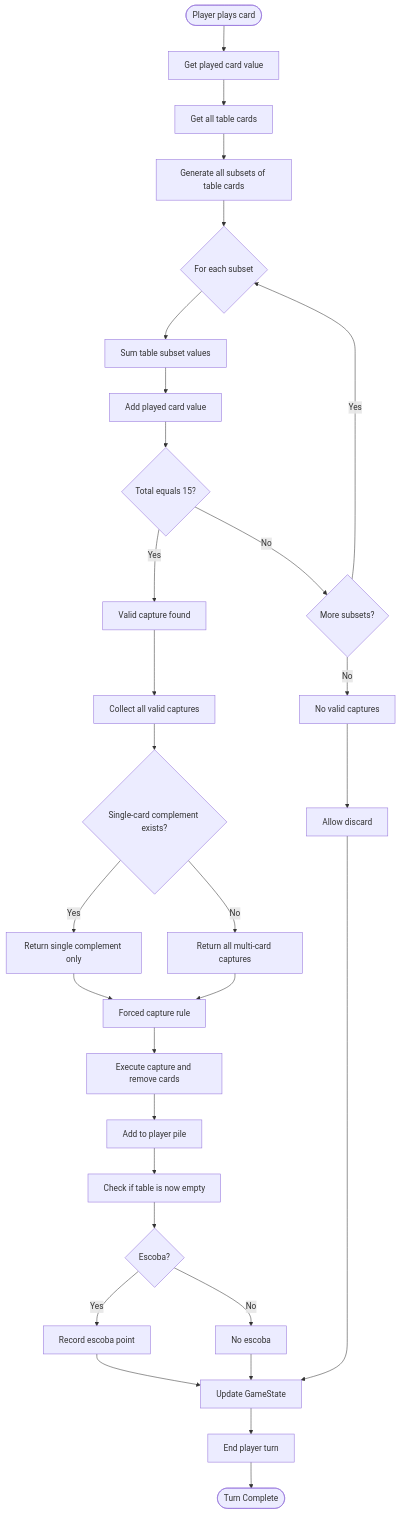
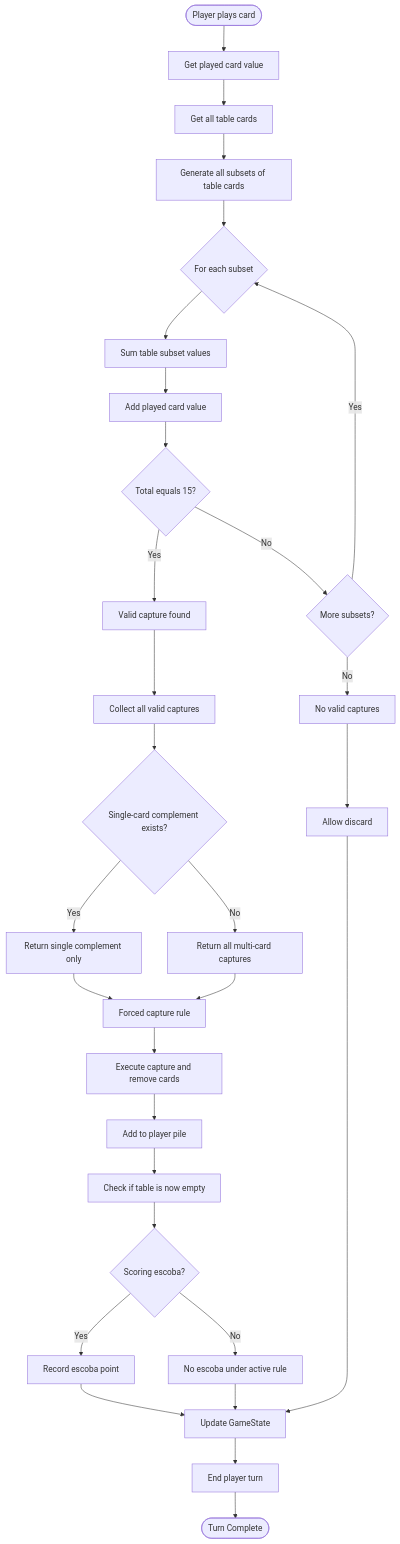
One commit to OMerkel/escoba changed diagram 11 of 11 in doc/software_architecture_diagrams.md. Above: the diagram before and after it, drawn with Mermaid. The commit also changed other lines of this file and 24 other files, not shown here.

````diff
--- a/doc/software_architecture_diagrams.md
+++ b/doc/software_architecture_diagrams.md
@@ -424,40 +429,40 @@
 ```mermaid
 flowchart TD
     Start([Player plays card]) --> GetValue[Get played card value]
     GetValue --> GetTable[Get all table cards]
     GetTable --> GenerateSubsets[Generate all subsets of table cards]
 
     GenerateSubsets --> CheckSubsets{For each subset}
     CheckSubsets --> CalcSum[Sum table subset values]
     CalcSum --> AddPlayed[Add played card value]
     AddPlayed --> Check15{Total equals 15?}
 
     Check15 -->|Yes| Valid[Valid capture found]
     Check15 -->|No| NextSubset{More subsets?}
 
     Valid --> CollectCaptures[Collect all valid captures]
     CollectCaptures --> CheckSingle{Single-card complement exists?}
     CheckSingle -->|Yes| Return1[Return single complement only]
     CheckSingle -->|No| Return2[Return all multi-card captures]
 
     NextSubset -->|Yes| CheckSubsets
     NextSubset -->|No| NoCapture[No valid captures]
     NoCapture --> AllowDiscard[Allow discard]
 
     Return1 --> CheckForced[Forced capture rule]
     Return2 --> CheckForced
 
     CheckForced --> ExecuteCapture[Execute capture and remove cards]
     ExecuteCapture --> MoveToPlayer[Add to player pile]
     MoveToPlayer --> CheckEscoba[Check if table is now empty]
-    CheckEscoba --> RecordEscoba{Escoba?}
+    CheckEscoba --> RecordEscoba{Scoring escoba?}
     RecordEscoba -->|Yes| AddEscoba[Record escoba point]
-    RecordEscoba -->|No| SkipEscoba[No escoba]
+    RecordEscoba -->|No| SkipEscoba[No escoba under active rule]
 
     AddEscoba --> UpdateState[Update GameState]
     SkipEscoba --> UpdateState
     AllowDiscard --> UpdateState
 
     UpdateState --> EndTurn[End player turn]
     EndTurn --> End([Turn Complete])
 ```
````
